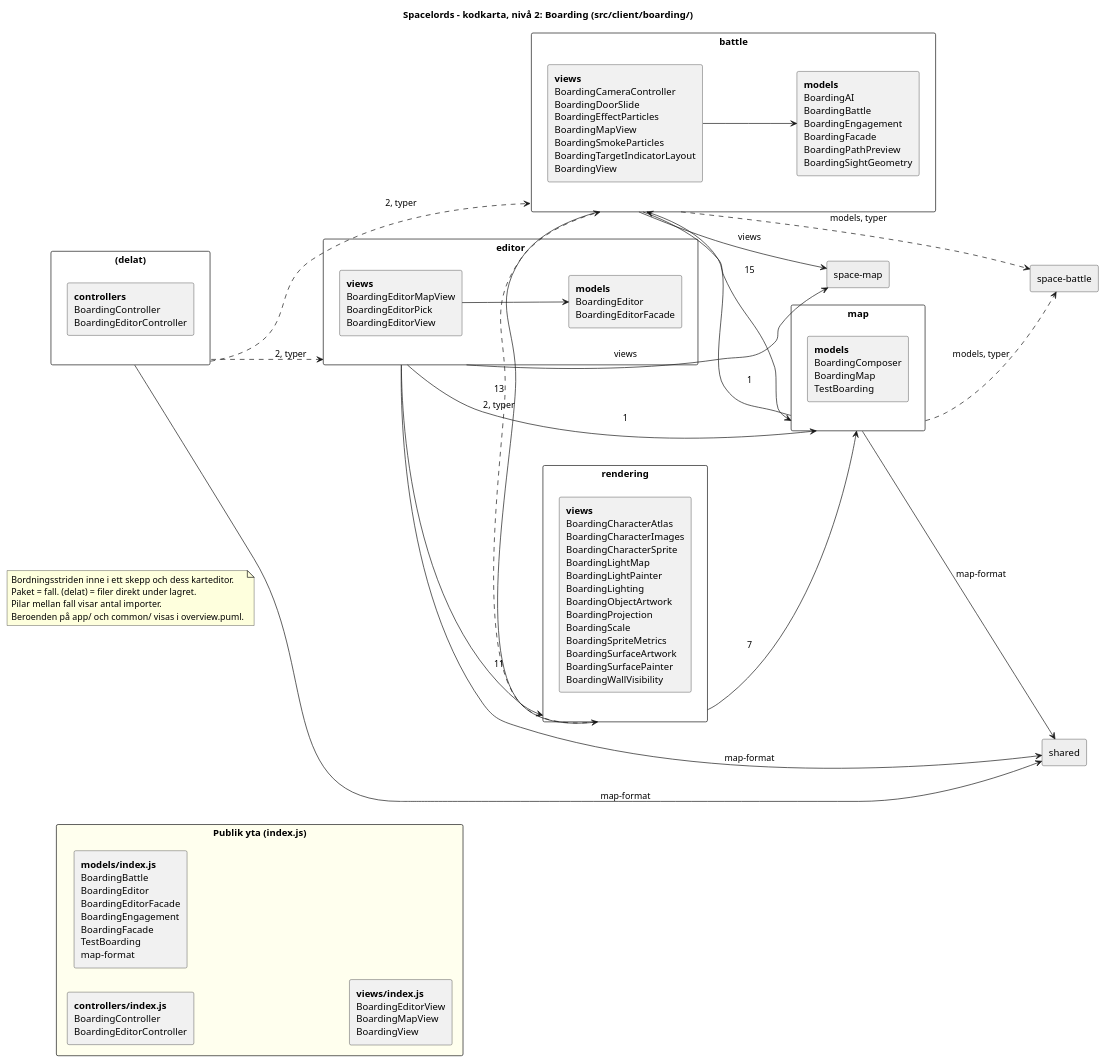
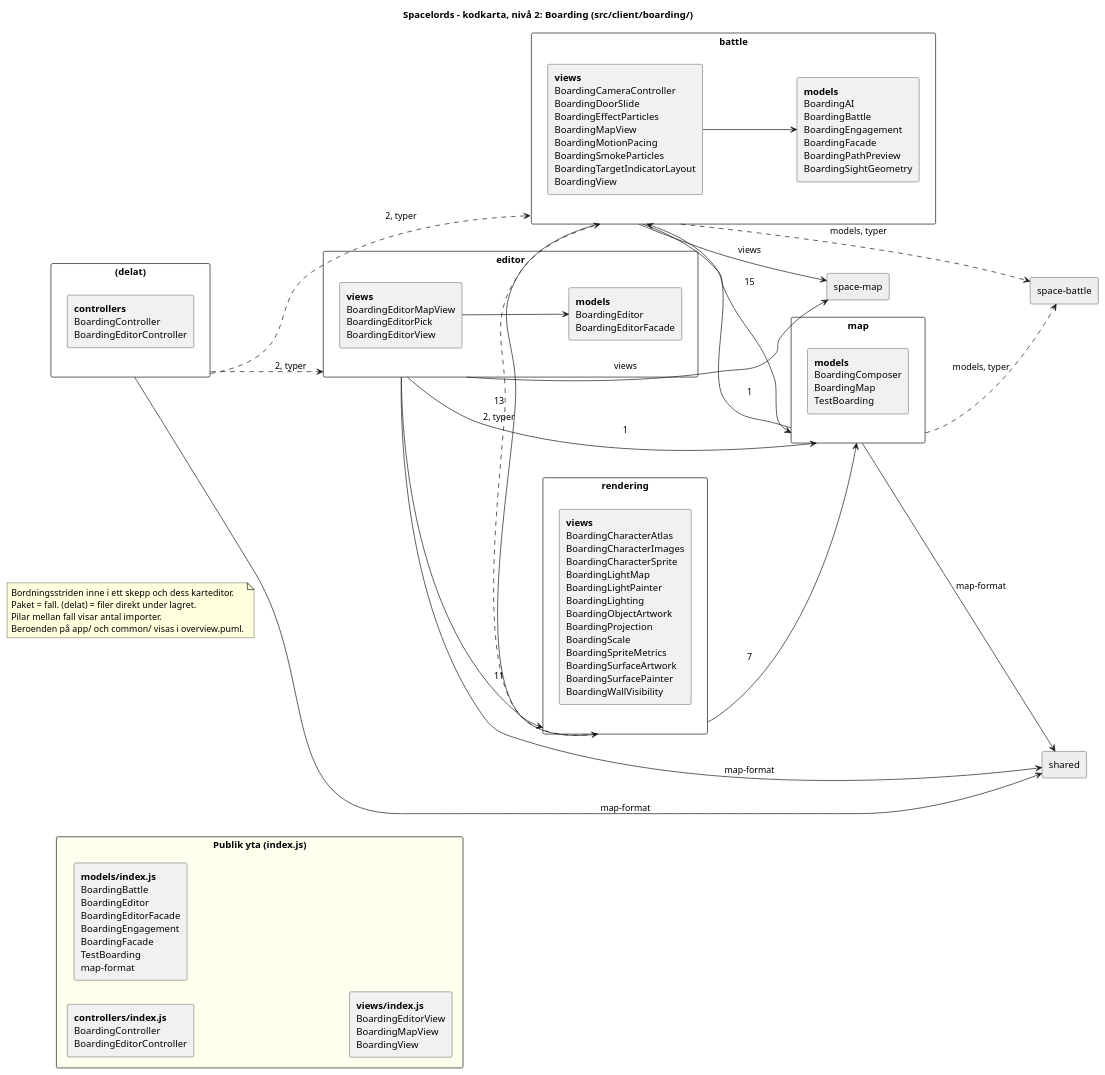
Before and after one commit to dntoll/spacelords: the diagram in docs/architecture/boarding.puml, drawn with PlantUML. The commit also changed 6 other files, not shown here.

```diff
--- a/docs/architecture/boarding.puml
+++ b/docs/architecture/boarding.puml
@@ -1,57 +1,57 @@
 @startuml
 ' Generated by scripts/architecture-map.mjs from architecture.config.mjs and
 ' the imports in src/. Do not edit by hand; run npm run architecture:map.
 title Spacelords – kodkarta, nivå 2: Boarding (src/client/boarding/)
 skinparam packageStyle rectangle
 skinparam shadowing false
 left to right direction
 note as about
   Bordningsstriden inne i ett skepp och dess karteditor.
   Paket = fall. (delat) = filer direkt under lagret.
   Pilar mellan fall visar antal importer.
   Beroenden på app/ och common/ visas i overview.puml.
 end note
 package "Publik yta (index.js)" as public_surface #FFFFEE {
   rectangle "<b>controllers/index.js</b>\nBoardingController\nBoardingEditorController" as public__controllers
   rectangle "<b>models/index.js</b>\nBoardingBattle\nBoardingEditor\nBoardingEditorFacade\nBoardingEngagement\nBoardingFacade\nTestBoarding\nmap-format" as public__models
   rectangle "<b>views/index.js</b>\nBoardingEditorView\nBoardingMapView\nBoardingView" as public__views
 }
 package "(delat)" as boarding___delat_ {
   rectangle "<b>controllers</b>\nBoardingController\nBoardingEditorController" as boarding___delat___controllers
 }
 package "battle" as boarding__battle {
   rectangle "<b>models</b>\nBoardingAI\nBoardingBattle\nBoardingEngagement\nBoardingFacade\nBoardingPathPreview\nBoardingSightGeometry" as boarding__battle__models
-  rectangle "<b>views</b>\nBoardingCameraController\nBoardingDoorSlide\nBoardingEffectParticles\nBoardingMapView\nBoardingSmokeParticles\nBoardingTargetIndicatorLayout\nBoardingView" as boarding__battle__views
+  rectangle "<b>views</b>\nBoardingCameraController\nBoardingDoorSlide\nBoardingEffectParticles\nBoardingMapView\nBoardingMotionPacing\nBoardingSmokeParticles\nBoardingTargetIndicatorLayout\nBoardingView" as boarding__battle__views
 }
 package "editor" as boarding__editor {
   rectangle "<b>models</b>\nBoardingEditor\nBoardingEditorFacade" as boarding__editor__models
   rectangle "<b>views</b>\nBoardingEditorMapView\nBoardingEditorPick\nBoardingEditorView" as boarding__editor__views
 }
 package "map" as boarding__map {
   rectangle "<b>models</b>\nBoardingComposer\nBoardingMap\nTestBoarding" as boarding__map__models
 }
 package "rendering" as boarding__rendering {
   rectangle "<b>views</b>\nBoardingCharacterAtlas\nBoardingCharacterImages\nBoardingCharacterSprite\nBoardingLightMap\nBoardingLightPainter\nBoardingLighting\nBoardingObjectArtwork\nBoardingProjection\nBoardingScale\nBoardingSpriteMetrics\nBoardingSurfaceArtwork\nBoardingSurfacePainter\nBoardingWallVisibility" as boarding__rendering__views
 }
 rectangle "shared" as ext__shared #EEEEEE
 rectangle "space-battle" as ext__space_battle #EEEEEE
 rectangle "space-map" as ext__space_map #EEEEEE
 boarding__battle__views --> boarding__battle__models
 boarding__editor__views --> boarding__editor__models
 boarding___delat_ ..> boarding__battle : 2, typer
 boarding___delat_ ..> boarding__editor : 2, typer
 boarding__battle --> boarding__map : 15
 boarding__battle --> boarding__rendering : 13
 boarding__editor --> boarding__map : 1
 boarding__editor --> boarding__rendering : 11
 boarding__map --> boarding__battle : 1
 boarding__rendering ..> boarding__battle : 2, typer
 boarding__rendering --> boarding__map : 7
 boarding___delat_ --> ext__shared : map-format
 boarding__battle ..> ext__space_battle : models, typer
 boarding__battle --> ext__space_map : views
 boarding__editor --> ext__shared : map-format
 boarding__editor --> ext__space_map : views
 boarding__map --> ext__shared : map-format
 boarding__map ..> ext__space_battle : models, typer
 @enduml
```
